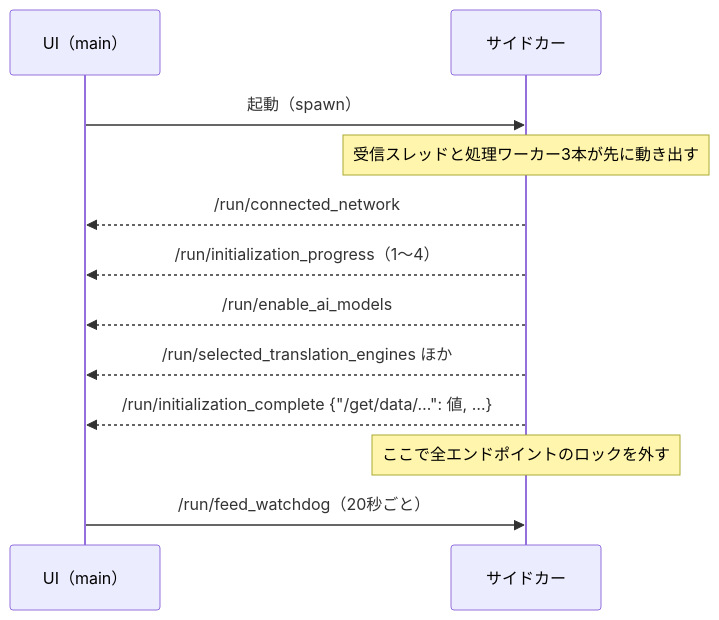
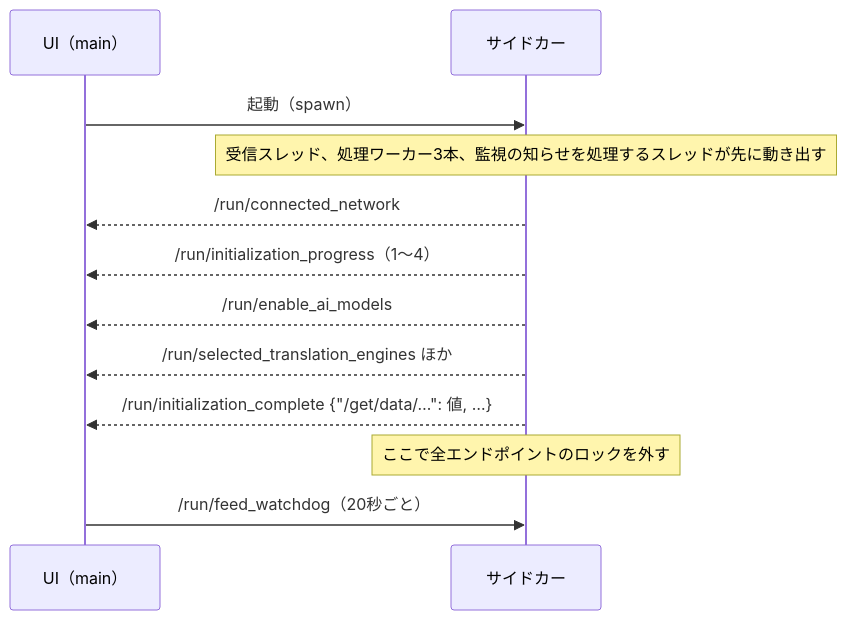
One commit to kein5/VRCT-VOX changed the second of 2 diagrams in docs/spec/ipc-protocol.md. Above: the diagram before and after it, drawn with Mermaid. The commit also changed other lines of this file and 3 other files, not shown here.

````diff
--- a/docs/spec/ipc-protocol.md
+++ b/docs/spec/ipc-protocol.md
@@ -146,14 +146,14 @@
 ```mermaid
 sequenceDiagram
   participant UI as UI（main）
   participant S as サイドカー
   UI->>S: 起動（spawn）
-  Note over S: 受信スレッドと処理ワーカー3本が先に動き出す
+  Note over S: 受信スレッド、処理ワーカー3本、監視の知らせを処理するスレッドが先に動き出す
   S-->>UI: /run/connected_network
   S-->>UI: /run/initialization_progress（1〜4）
   S-->>UI: /run/enable_ai_models
   S-->>UI: /run/selected_translation_engines ほか
   S-->>UI: /run/initialization_complete {"/get/data/…": 値, …}
   Note over S: ここで全エンドポイントのロックを外す
   UI->>S: /run/feed_watchdog（20秒ごと）
 ```
````
